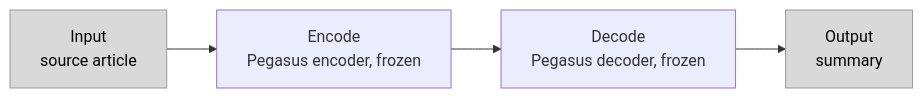
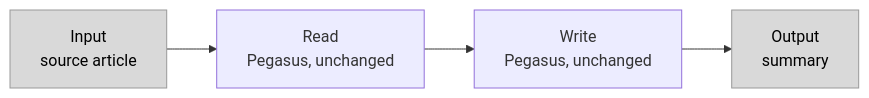
Before and after one commit to FatemaKotb/Comparing-Summarization-Models-on-CNN-DailyMail: the third of 5 diagrams in README.md, drawn with Mermaid. The commit also changed other lines of this file, not shown here.

````diff
--- a/README.md
+++ b/README.md
@@ -103,8 +104,8 @@
 ```mermaid
 flowchart LR
-    I[Input<br/>source article] --> E[Encode<br/>Pegasus encoder, frozen]
-    E --> D[Decode<br/>Pegasus decoder, frozen]
+    I[Input<br/>source article] --> E[Read<br/>Pegasus, unchanged]
+    E --> D[Write<br/>Pegasus, unchanged]
     D --> O[Output<br/>summary]
     classDef io fill:#d9d9d9,stroke:#999999,color:#000000
     class I,O io
 ```
````
